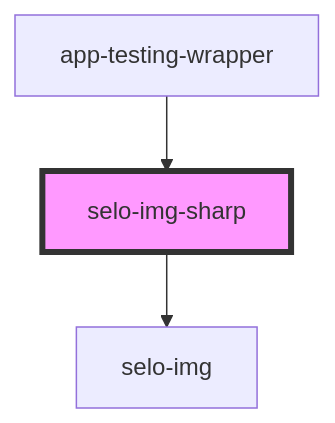
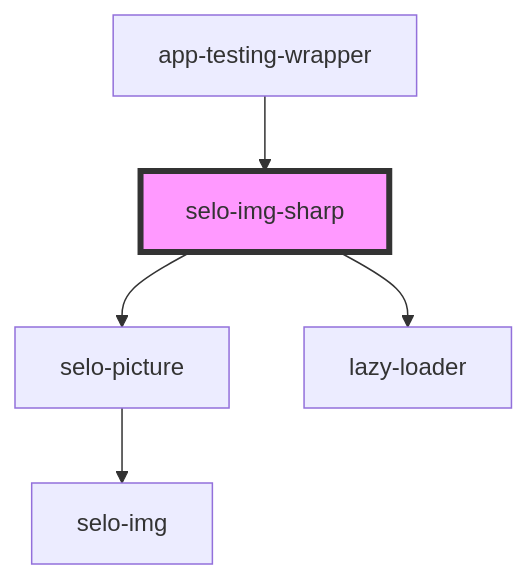
One commit to selodev/selo-image-sharp changed the diagram in src/components/selo-img-sharp/readme.md. Above: the diagram before and after it, drawn with Mermaid. The commit also changed other lines of this file and 17 other files, not shown here.

````diff
--- a/src/components/selo-img-sharp/readme.md
+++ b/src/components/selo-img-sharp/readme.md
@@ -32,6 +30,8 @@
 ```mermaid
 graph TD;
-  selo-img-sharp --> selo-img
+  selo-img-sharp --> selo-picture
+  selo-img-sharp --> lazy-loader
+  selo-picture --> selo-img
   app-testing-wrapper --> selo-img-sharp
   style selo-img-sharp fill:#f9f,stroke:#333,stroke-width:4px
 ```
````
